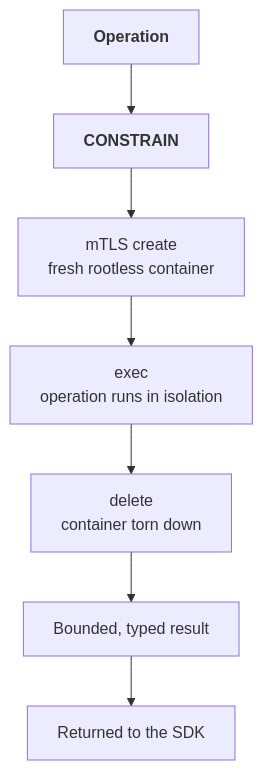
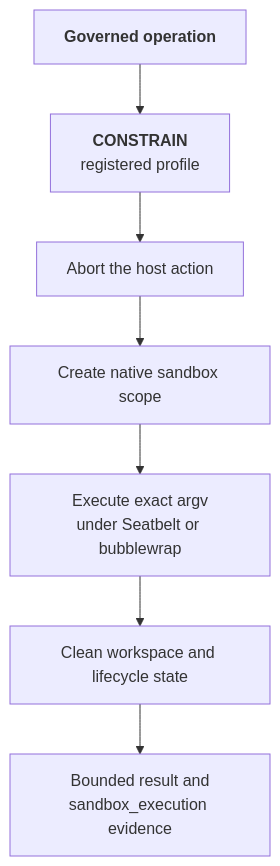
The diagram in website/docs/trust-lifecycle/authorize/sandbox-execution.md (OpenBox-AI/openbox-document), drawn with Mermaid before and after one commit. The commit also changed other lines of this file and 11 other files, not shown here.

Commit message:
docs: make native srt the default sandbox story

````diff
--- a/website/docs/trust-lifecycle/authorize/sandbox-execution.md
+++ b/website/docs/trust-lifecycle/authorize/sandbox-execution.md
@@ -29,12 +27,12 @@
 ```mermaid
 flowchart TD
-    op["<b>Operation</b>"]
-    verdict["<b>CONSTRAIN</b>"]
-    create["mTLS create<br/>fresh rootless container"]
-    exec["exec<br/>operation runs in isolation"]
-    delete["delete<br/>container torn down"]
-    result["Bounded, typed result"]
-    sdk["Returned to the SDK"]
+    op["<b>Governed operation</b>"]
+    verdict["<b>CONSTRAIN</b><br/>registered profile"]
+    abort["Abort the host action"]
+    create["Create native sandbox scope"]
+    exec["Execute exact argv<br/>under Seatbelt or bubblewrap"]
+    cleanup["Clean workspace and lifecycle state"]
+    evidence["Bounded result and<br/>sandbox_execution evidence"]
 
-    op --> verdict --> create --> exec --> delete --> result --> sdk
+    op --> verdict --> abort --> create --> exec --> cleanup --> evidence
 ```
````
